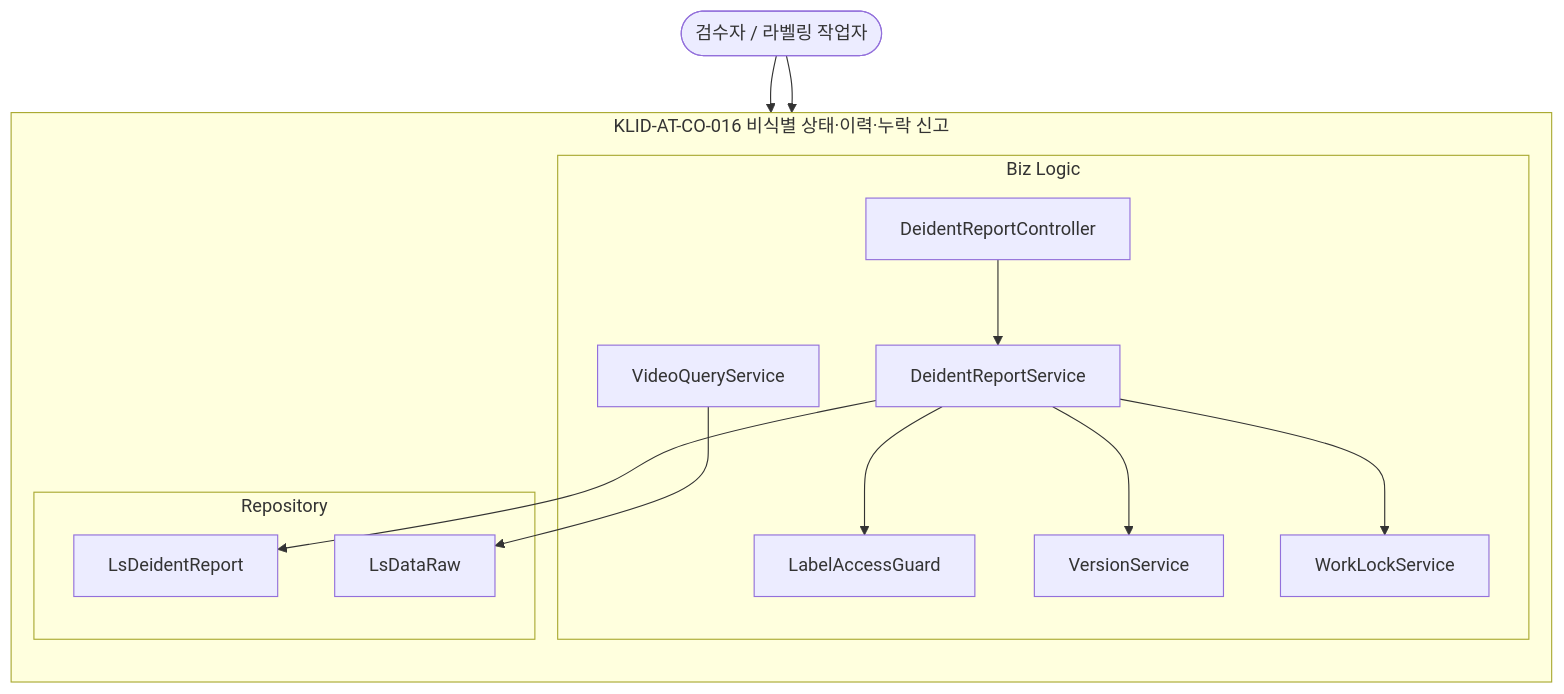
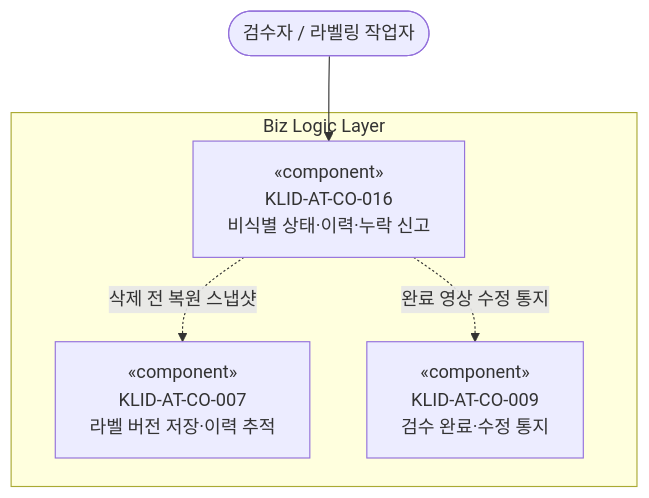
Before and after one commit to New-stella/klid-label: diagram 13 of 18 in docs/design/D3-컴포넌트설계서.md, drawn with Mermaid. The commit also changed other lines of this file and 10 other files, not shown here.

````diff
--- a/docs/design/D3-컴포넌트설계서.md
+++ b/docs/design/D3-컴포넌트설계서.md
@@ -401,27 +270,12 @@
 ```mermaid
 flowchart TD
     USER([검수자 / 라벨링 작업자])
-    subgraph CO016[KLID-AT-CO-016 비식별 상태·이력·누락 신고]
-        direction TB
-        subgraph BIZ16[Biz Logic]
-            VQS[VideoQueryService]
-            DRC[DeidentReportController]
-            DRS[DeidentReportService]
-            LAG16[LabelAccessGuard]
-            WLS[WorkLockService]
-            VS16[VersionService]
-        end
-        subgraph REP16[Repository]
-            RPT[LsDeidentReport]
-            RAW16[LsDataRaw]
-        end
-        DRC --> DRS
-        DRS --> LAG16
-        DRS --> VS16
-        DRS --> WLS
-        DRS --> RPT
-        VQS --> RAW16
+    subgraph BIZ16[Biz Logic Layer]
+        CO016["«component»<br/>KLID-AT-CO-016<br/>비식별 상태·이력·누락 신고"]
+        CO007R["«component»<br/>KLID-AT-CO-007<br/>라벨 버전 저장·이력 추적"]
+        CO009R["«component»<br/>KLID-AT-CO-009<br/>검수 완료·수정 통지"]
     end
-    USER --> VQS
-    USER --> DRC
+    USER --> CO016
+    CO016 -.삭제 전 복원 스냅샷.-> CO007R
+    CO016 -.완료 영상 수정 통지.-> CO009R
 ```
````
